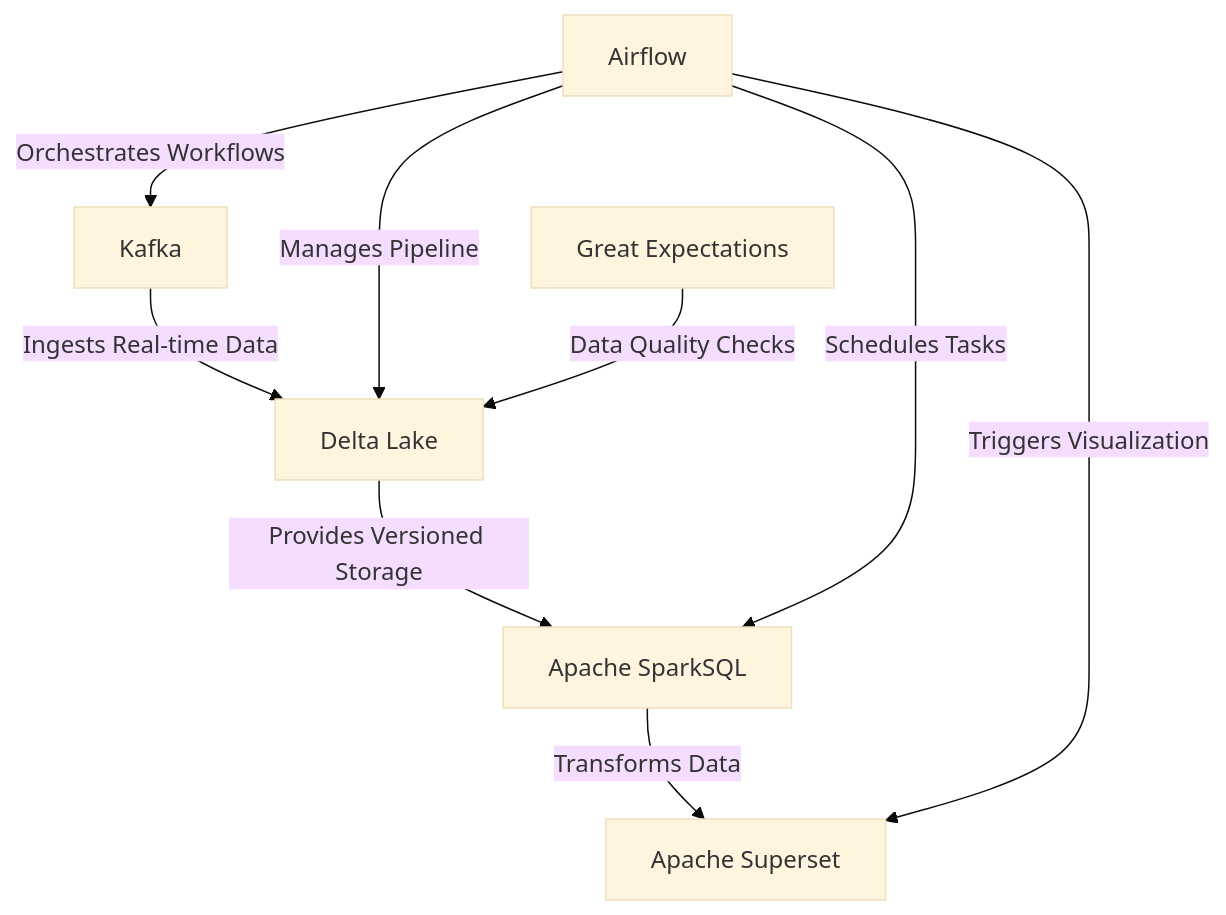
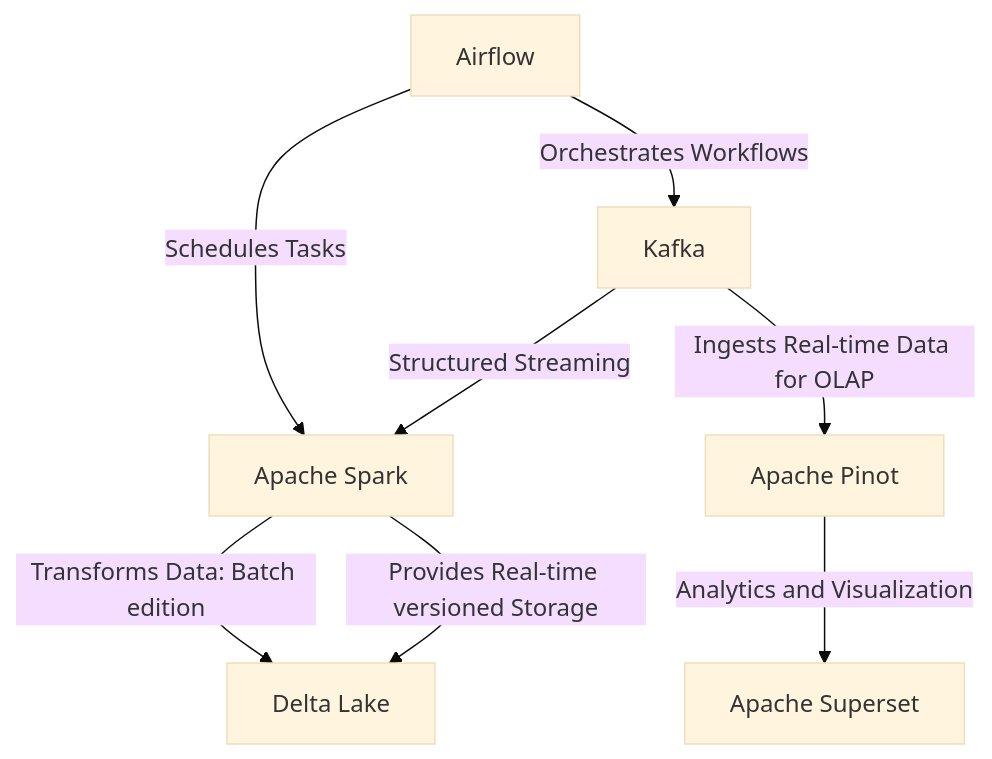
One commit to darknuma/ride-sharing-pipeline changed the diagram in assets/data-pipeline-graph.md. Above: the diagram before and after it, drawn with Mermaid (base theme). The commit also changed 10 other files, not shown here.

````diff
--- a/assets/data-pipeline-graph.md
+++ b/assets/data-pipeline-graph.md
@@ -1,14 +1,16 @@
 ```mermaid
 graph TD
-    A[Kafka] -->|Ingests Real-time Data| B[Delta Lake]
-    B -->|Provides Versioned Storage| C[Apache SparkSQL]
-    C -->|Transforms Data| D[Apache Superset]
+    A[Kafka] -->|Structured Streaming| C[Delta Lake]
+    A[Kafka] -->|Ingests Real-time Data for OLAP| F[Apache Pinot]
+    C[Apache Spark] -->|Provides Real-time versioned Storage| B[Delta Lake]
+    C -->|Transforms Data: Batch edition| B
     E[Airflow] -->|Orchestrates Workflows| A
-    E -->|Manages Pipeline| B
+    %% E -->|Manages Pipeline| B
     E -->|Schedules Tasks| C
-    E -->|Triggers Visualization| D
-    F[Great Expectations] -->|Data Quality Checks| B
+    %% E -->|Triggers Visualization| D
+    %% F[Great Expectations] -->|Data Quality Checks| B
     %% G[Prometheus] -->|Monitors Performance| A
     %% G -->|Tracks Metrics| C
     %% G -->|Logs Visualization| D
+    F[Apache Pinot]-->|Analytics and Visualization| D[Apache Superset]
 ``` 
````
